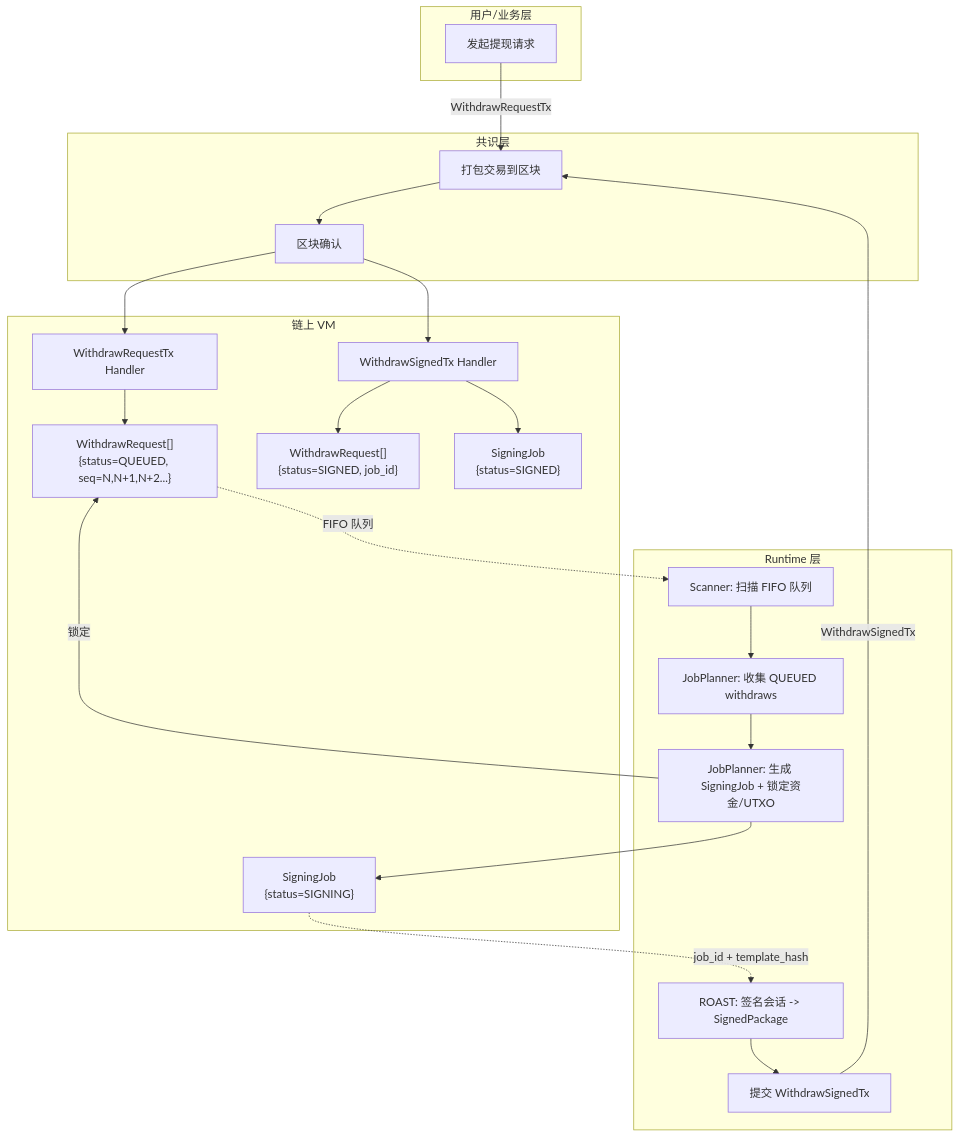
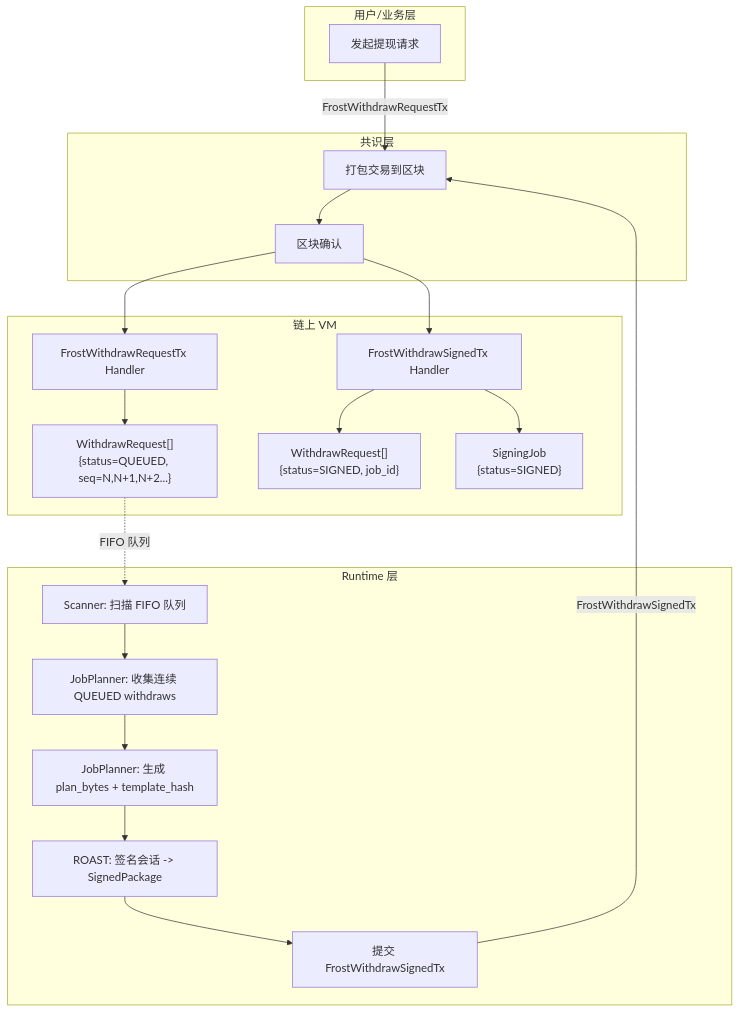
One commit to davidLeeeeeeeeeeee/dex changed the second of 8 diagrams in frost/design_v2_job.md. Above: the diagram before and after it, drawn with Mermaid. The commit also changed other lines of this file and 1 other file, not shown here.

````diff
--- a/frost/design_v2_job.md
+++ b/frost/design_v2_job.md
@@ -382,48 +395,44 @@
 ```mermaid
 flowchart TB
   subgraph User["用户/业务层"]
     U1[发起提现请求]
   end
 
   subgraph VM["链上 VM"]
-    V1[WithdrawRequestTx Handler]
-    V2[WithdrawSignedTx Handler]
+    V1[FrostWithdrawRequestTx Handler]
+    V2[FrostWithdrawSignedTx Handler]
     WR["WithdrawRequest[]\n{status=QUEUED, seq=N,N+1,N+2...}"]
-    SJ["SigningJob\n{status=SIGNING}"]
     WRS["WithdrawRequest[]\n{status=SIGNED, job_id}"]
     SJS["SigningJob\n{status=SIGNED}"]
   end
 
   subgraph Consensus["共识层"]
     C1[打包交易到区块]
     C2[区块确认]
   end
 
   subgraph Runtime["Runtime 层"]
     R1[Scanner: 扫描 FIFO 队列]
-    R2[JobPlanner: 收集 QUEUED withdraws]
-    R3[JobPlanner: 生成 SigningJob + 锁定资金/UTXO]
+    R2[JobPlanner: 收集连续 QUEUED withdraws]
+    R3[JobPlanner: 生成 plan_bytes + template_hash]
     R4[ROAST: 签名会话 -> SignedPackage]
-    R5[提交 WithdrawSignedTx]
+    R5[提交 FrostWithdrawSignedTx]
   end
 
   %% 流程连接
-  U1 -->|WithdrawRequestTx| C1
+  U1 -->|FrostWithdrawRequestTx| C1
   C1 --> C2
   C2 --> V1
   V1 --> WR
 
   WR -.->|FIFO 队列| R1
   R1 --> R2
   R2 --> R3
-  R3 --> SJ
-  R3 -->|锁定| WR
-
-  SJ -.->|job_id + template_hash| R4
+  R3 --> R4
   R4 --> R5
 
-  R5 -->|WithdrawSignedTx| C1
+  R5 -->|FrostWithdrawSignedTx| C1
   C2 --> V2
   V2 --> SJS
   V2 --> WRS
 ```
````
